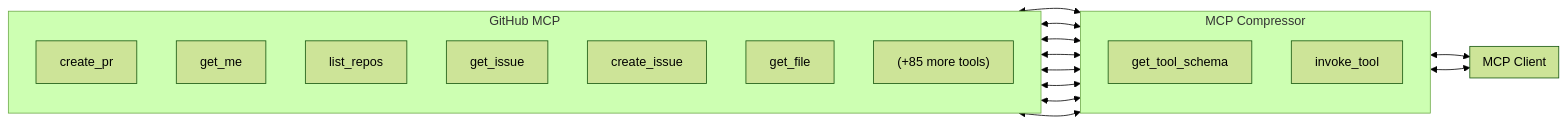
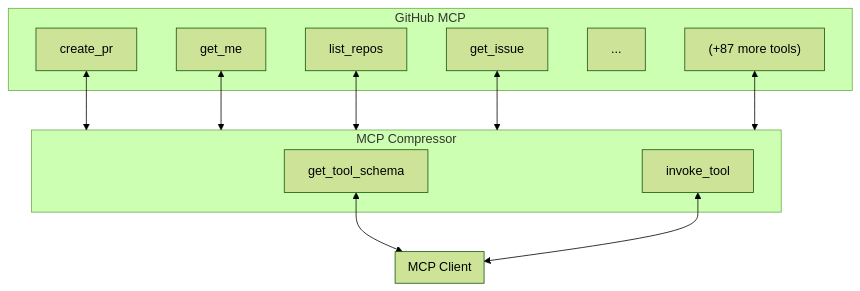
One commit to atlassian-labs/mcp-compressor changed the first of 2 diagrams in README.md. Above: the diagram before and after it, drawn with Mermaid (forest theme). The commit also changed other lines of this file, not shown here.

Commit message:
Improve diagram

````diff
--- a/README.md
+++ b/README.md
@@ -145,33 +145,27 @@
 ```mermaid
-flowchart LR
+flowchart TB
     subgraph github["GitHub MCP"]
-        direction TB
         g1["create_pr"]
         g2["get_me"]
         g3["list_repos"]
         g4["get_issue"]
-        g5["create_issue"]
-        g6["get_file"]
-        g7["(+85 more tools)"]
+        g5["..."]
+        g6["(+87 more tools)"]
     end
 
     subgraph proxy["MCP Compressor"]
-        direction TB
         t1["get_tool_schema"]
         t2["invoke_tool"]
     end
 
     subgraph client["MCP Client"]
     end
 
-    github <--> t1
-    g1 <--> t2
-    g2 <--> t2
-    g3 <--> t2
-    g4 <--> t2
-    g5 <--> t2
-    g6 <--> t2
-    g7 <--> t2
+    g1 <--> proxy
+    g2 <--> proxy
+    g3 <--> proxy
+    g4 <--> proxy
+    g6 <--> proxy
     t1 <--> client
     t2 <--> client
 ```
````
